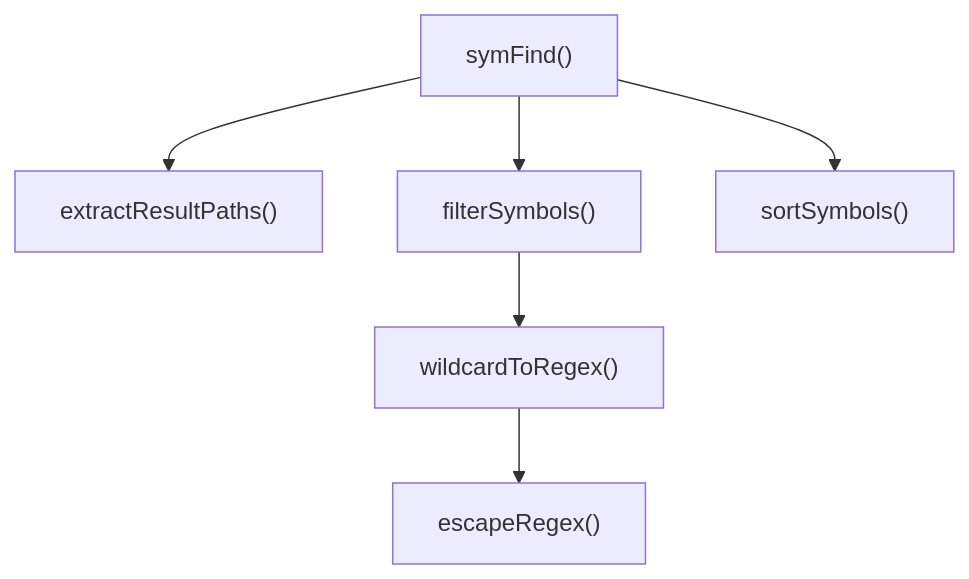
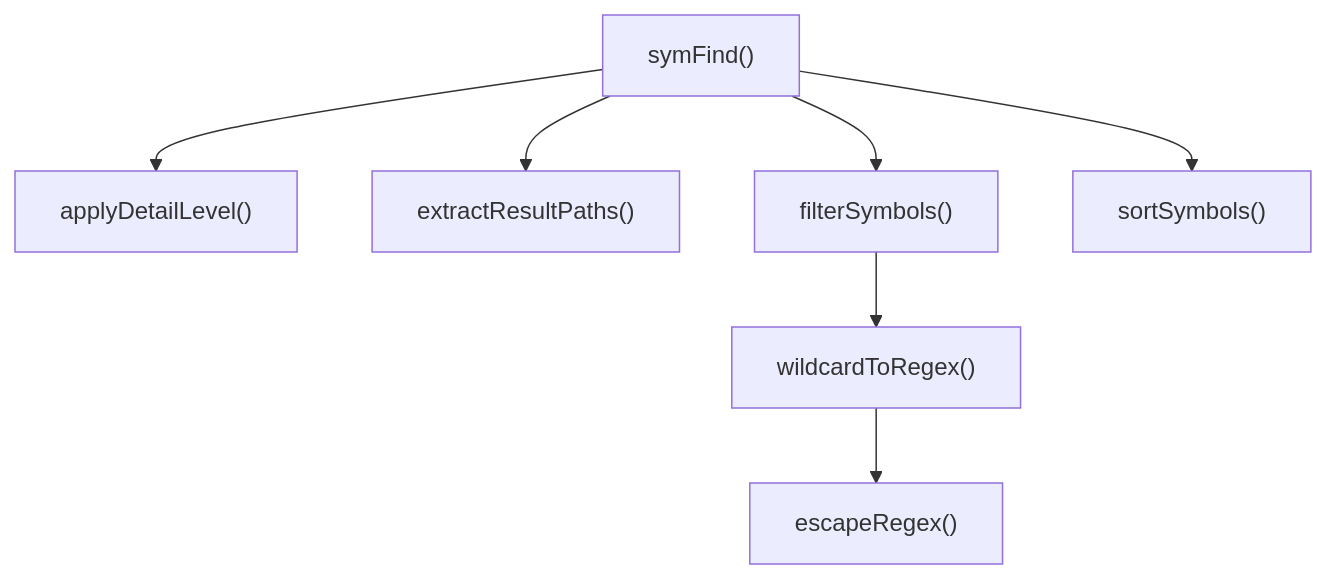
Before and after one commit to Mekann2904/mekann: the second of 3 diagrams in ABDD/.pi/extensions/search/tools/sym_find.md, drawn with Mermaid. The commit also changed other lines of this file and 257 other files, not shown here.

````diff
--- a/ABDD/.pi/extensions/search/tools/sym_find.md
+++ b/ABDD/.pi/extensions/search/tools/sym_find.md
@@ -57,14 +57,16 @@
 ```mermaid
 flowchart TD
+  applyDetailLevel["applyDetailLevel()"]
   escapeRegex["escapeRegex()"]
   extractResultPaths["extractResultPaths()"]
   filterSymbols["filterSymbols()"]
   sortSymbols["sortSymbols()"]
   symFind["symFind()"]
   wildcardToRegex["wildcardToRegex()"]
   filterSymbols --> wildcardToRegex
+  symFind --> applyDetailLevel
   symFind --> extractResultPaths
   symFind --> filterSymbols
   symFind --> sortSymbols
   wildcardToRegex --> escapeRegex
 ```
````
